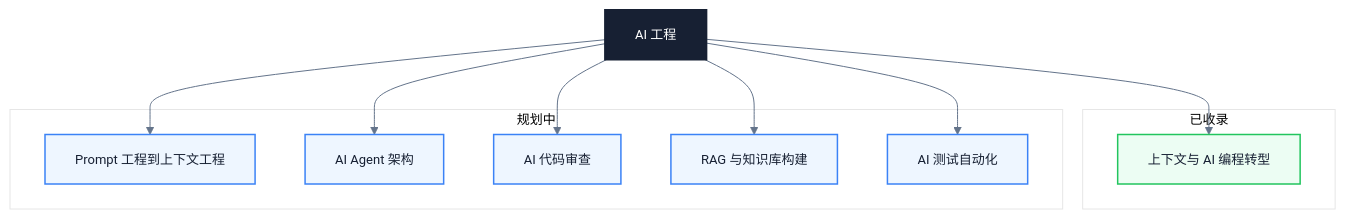
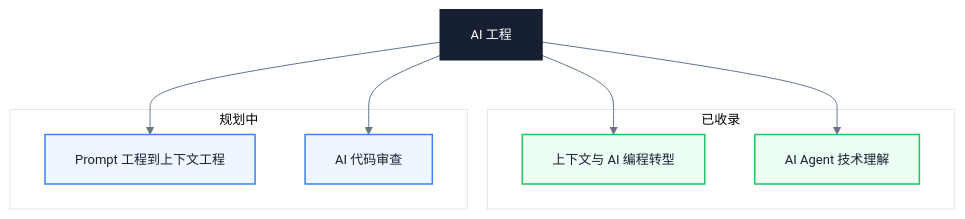
Before and after one commit to Fatejian/frontier-vault: the diagram in docs/ai/index.md, drawn with Mermaid. The commit also changed other lines of this file and 4 other files, not shown here.

````diff
--- a/docs/ai/index.md
+++ b/docs/ai/index.md
@@ -17,33 +17,29 @@
 ```mermaid
 %%{init: {'theme': 'base', 'themeVariables': {'fontFamily': 'Inter, PingFang SC, Microsoft YaHei, sans-serif', 'primaryColor': '#F8FAFC', 'primaryTextColor': '#172033', 'primaryBorderColor': '#CBD5E1', 'lineColor': '#64748B', 'fontSize': '13px'}}}%%
 
 flowchart TB
     center["AI 工程"]
 
     subgraph 已收录
         work1["上下文与 AI 编程转型"]
+        work2["AI Agent 技术理解"]
     end
 
     subgraph 规划中
         wait1["Prompt 工程到上下文工程"]
-        wait2["AI Agent 架构"]
         wait3["AI 代码审查"]
-        wait4["RAG 与知识库构建"]
-        wait5["AI 测试自动化"]
     end
 
     center --> work1
+    center --> work2
     center --> wait1
-    center --> wait2
     center --> wait3
-    center --> wait4
-    center --> wait5
 
     classDef core fill:#172033,color:#fff,stroke:#172033,stroke-width:2px
     classDef work fill:#ECFDF3,stroke:#22C55E,color:#172033,stroke-width:1.5px
     classDef wait fill:#EEF6FF,stroke:#3B82F6,color:#172033,stroke-width:1.5px
 
     class center core
-    class work1 work
-    class wait1,wait2,wait3,wait4,wait5 wait
+    class work1,work2 work
+    class wait1,wait3 wait
 ```
````
